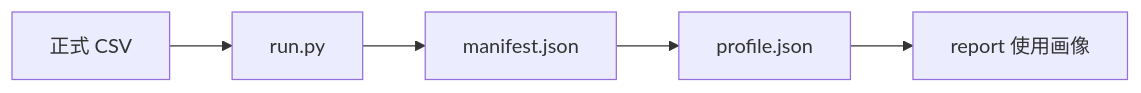
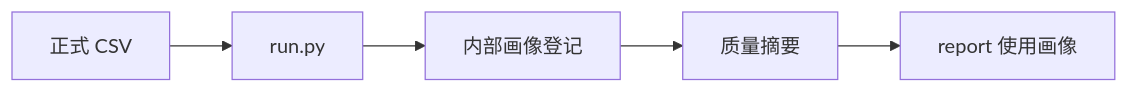
The diagram in skills/data-profile/README.md (dabaige53/RealAnalyst), drawn with Mermaid before and after one commit. The commit also changed other lines of this file and 97 other files, not shown here.

````diff
--- a/skills/data-profile/README.md
+++ b/skills/data-profile/README.md
@@ -28,4 +28,4 @@
 ```mermaid
 flowchart LR
-    CSV[正式 CSV] --> Profile[run.py] --> Manifest[manifest.json] --> Quality[profile.json] --> Report[report 使用画像]
+    CSV[正式 CSV] --> Profile[run.py] --> Manifest[内部画像登记] --> Quality[质量摘要] --> Report[report 使用画像]
 ```
````
